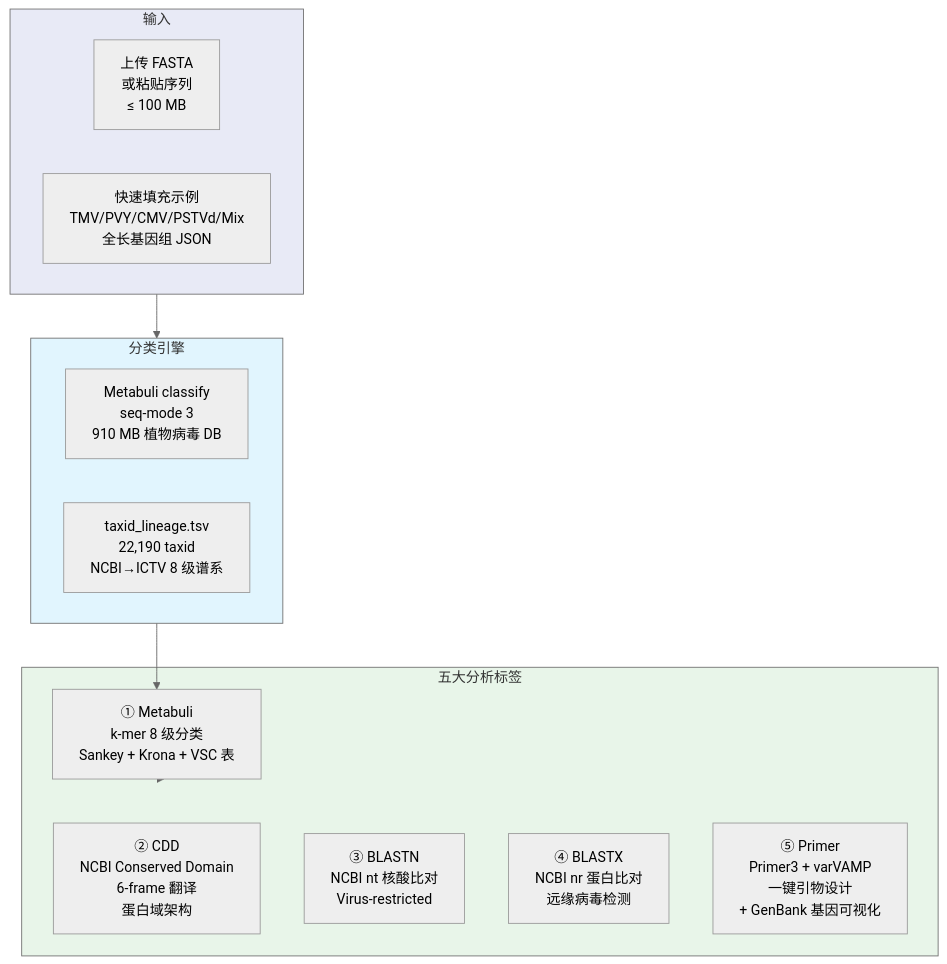
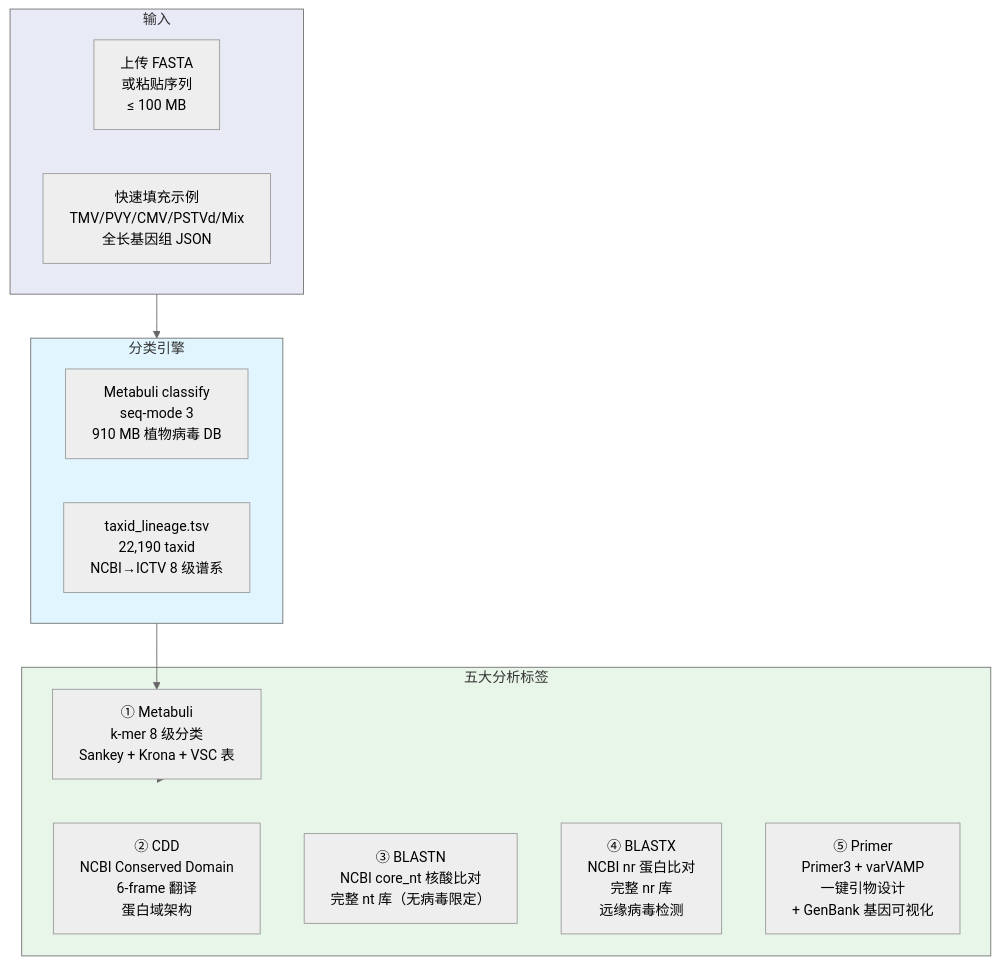
The first of 3 diagrams in 9.metabuli/README.md (zhangwenda0518/plant_virus_db_pipeline), drawn with Mermaid (neutral theme) before and after one commit. The commit also changed other lines of this file and 28 other files, not shown here.

````diff
--- a/9.metabuli/README.md
+++ b/9.metabuli/README.md
@@ -11,28 +11,28 @@
 ```mermaid
 flowchart TB
     subgraph Input["输入"]
         UPLOAD["上传 FASTA<br/>或粘贴序列<br/>≤ 100 MB"]
         EXAMPLES["快速填充示例<br/>TMV/PVY/CMV/PSTVd/Mix<br/>全长基因组 JSON"]
     end
 
     subgraph Engine["分类引擎"]
         METABULI["Metabuli classify<br/>seq-mode 3<br/>910 MB 植物病毒 DB"]
         TAXLIN["taxid_lineage.tsv<br/>22,190 taxid<br/>NCBI→ICTV 8 级谱系"]
     end
 
     subgraph Verify["五大分析标签"]
         METABULI_TAB["① Metabuli<br/>k-mer 8 级分类<br/>Sankey + Krona + VSC 表"]
         CDD_TAB["② CDD<br/>NCBI Conserved Domain<br/>6-frame 翻译<br/>蛋白域架构"]
-        BLASTN_TAB["③ BLASTN<br/>NCBI nt 核酸比对<br/>Virus-restricted"]
-        BLASTX_TAB["④ BLASTX<br/>NCBI nr 蛋白比对<br/>远缘病毒检测"]
+        BLASTN_TAB["③ BLASTN<br/>NCBI core_nt 核酸比对<br/>完整 nt 库（无病毒限定）"]
+        BLASTX_TAB["④ BLASTX<br/>NCBI nr 蛋白比对<br/>完整 nr 库<br/>远缘病毒检测"]
         PRIMER_TAB["⑤ Primer<br/>Primer3 + varVAMP<br/>一键引物设计<br/>+ GenBank 基因可视化"]
     end
 
     Input --> Engine
     Engine --> METABULI_TAB
     METABULI_TAB --> Verify
 
     style Input fill:#e8eaf6
     style Engine fill:#e1f5fe
     style Verify fill:#e8f5e9
 ```
````
